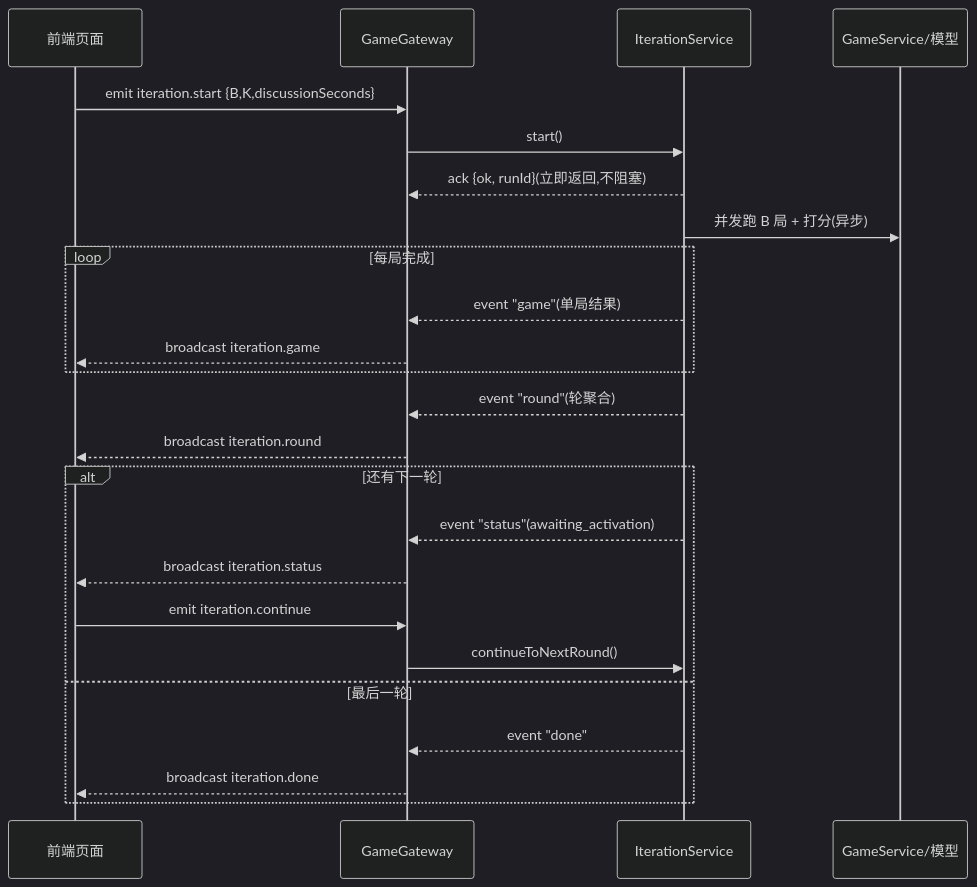
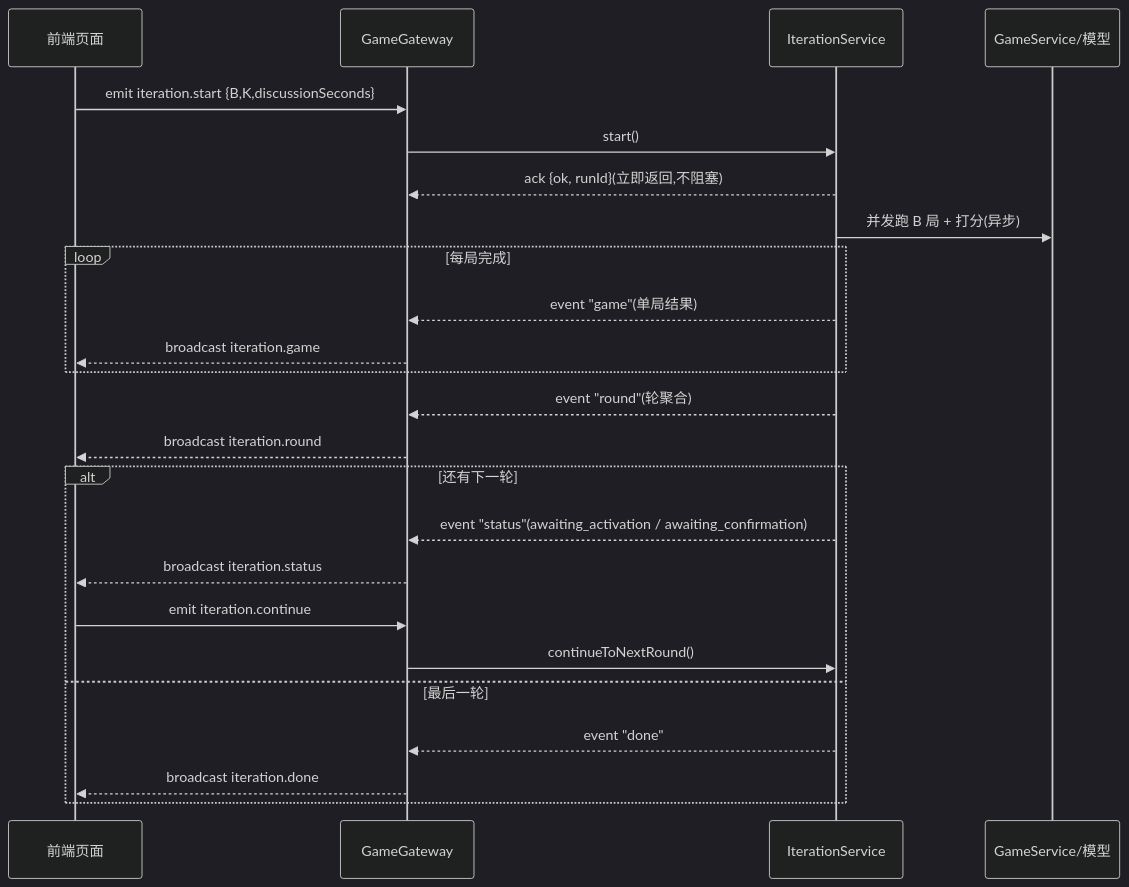
The sixth of 7 diagrams in docs/ai-iteration/AI-Prompt-Eval-Flow.md (zhoutaoz99/who-is-the-ai), drawn with Mermaid (dark theme) before and after one commit. The commit also changed other lines of this file and 16 other files, not shown here.

````diff
--- a/docs/ai-iteration/AI-Prompt-Eval-Flow.md
+++ b/docs/ai-iteration/AI-Prompt-Eval-Flow.md
@@ -215,27 +234,27 @@
 ```mermaid
 sequenceDiagram
   participant U as 前端页面
   participant GW as GameGateway
   participant IT as IterationService
   participant GE as GameService/模型
 
   U->>GW: emit iteration.start {B,K,discussionSeconds}
   GW->>IT: start()
   IT-->>GW: ack {ok, runId}(立即返回,不阻塞)
   IT->>GE: 并发跑 B 局 + 打分(异步)
   loop 每局完成
     IT-->>GW: event "game"(单局结果)
     GW-->>U: broadcast iteration.game
   end
   IT-->>GW: event "round"(轮聚合)
   GW-->>U: broadcast iteration.round
   alt 还有下一轮
-    IT-->>GW: event "status"(awaiting_activation)
+    IT-->>GW: event "status"(awaiting_activation / awaiting_confirmation)
     GW-->>U: broadcast iteration.status
     U->>GW: emit iteration.continue
     GW->>IT: continueToNextRound()
   else 最后一轮
     IT-->>GW: event "done"
     GW-->>U: broadcast iteration.done
   end
 ```
````
